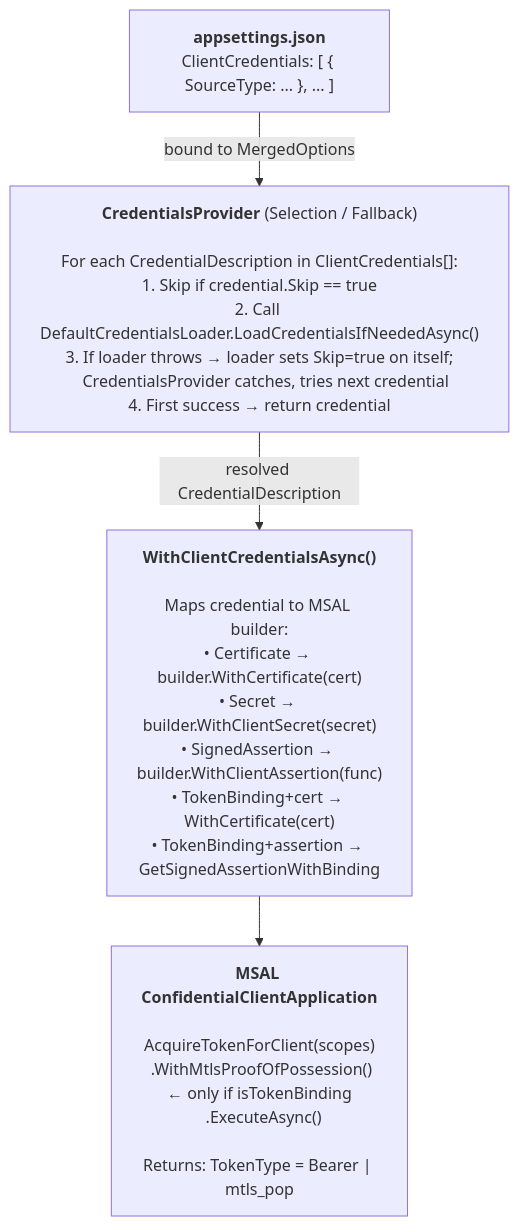
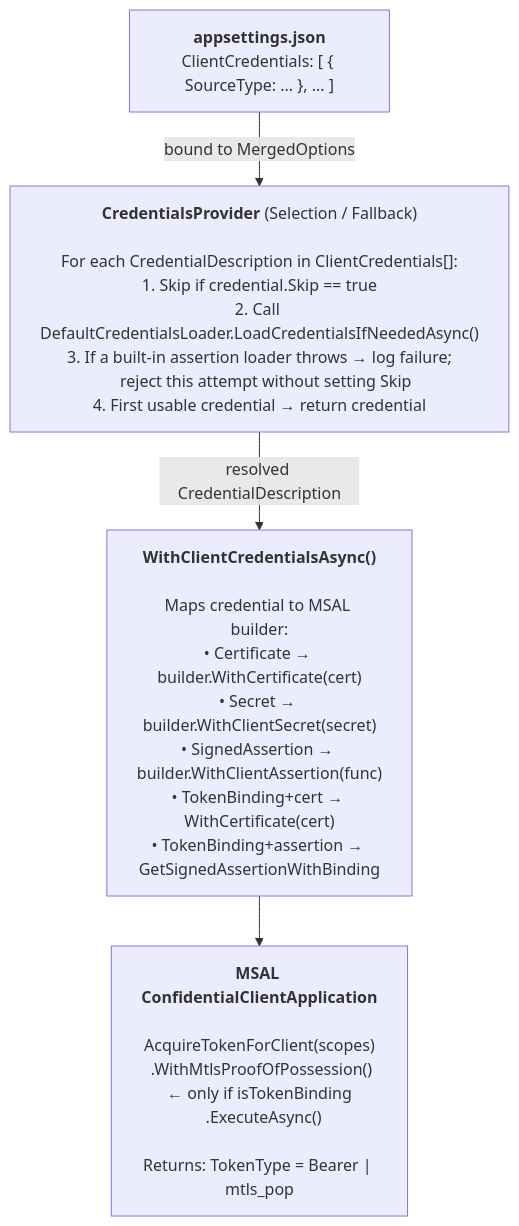
Before and after one commit to AzureAD/microsoft-identity-web: the first of 4 diagrams in docs/design/credential-architecture.md, drawn with Mermaid. The commit also changed other lines of this file and 9 other files, not shown here.

First line of the commit message:
Fix built-in assertion credential recovery

````diff
--- a/docs/design/credential-architecture.md
+++ b/docs/design/credential-architecture.md
@@ -13,16 +13,16 @@
 ```mermaid
 flowchart TD
     Config["<b>appsettings.json</b><br/>ClientCredentials: [ { SourceType: ... }, ... ]"]
     
     Config -->|"bound to MergedOptions"| Provider
 
-    Provider["<b>CredentialsProvider</b> (Selection / Fallback)<br/><br/>For each CredentialDescription in ClientCredentials[]:<br/>1. Skip if credential.Skip == true<br/>2. Call DefaultCredentialsLoader.LoadCredentialsIfNeededAsync()<br/>3. If loader throws → loader sets Skip=true on itself;<br/>&nbsp;&nbsp;&nbsp;CredentialsProvider catches, tries next credential<br/>4. First success → return credential"]
+    Provider["<b>CredentialsProvider</b> (Selection / Fallback)<br/><br/>For each CredentialDescription in ClientCredentials[]:<br/>1. Skip if credential.Skip == true<br/>2. Call DefaultCredentialsLoader.LoadCredentialsIfNeededAsync()<br/>3. If a built-in assertion loader throws → log failure;<br/>&nbsp;&nbsp;&nbsp;reject this attempt without setting Skip<br/>4. First usable credential → return credential"]
 
     Provider -->|"resolved CredentialDescription"| Wiring
 
     Wiring["<b>WithClientCredentialsAsync()</b><br/><br/>Maps credential to MSAL builder:<br/>• Certificate → builder.WithCertificate(cert)<br/>• Secret → builder.WithClientSecret(secret)<br/>• SignedAssertion → builder.WithClientAssertion(func)<br/>• TokenBinding+cert → WithCertificate(cert)<br/>• TokenBinding+assertion → GetSignedAssertionWithBinding"]
 
     Wiring --> MSAL
 
     MSAL["<b>MSAL ConfidentialClientApplication</b><br/><br/>AcquireTokenForClient(scopes)<br/>&nbsp;&nbsp;.WithMtlsProofOfPossession() ← only if isTokenBinding<br/>&nbsp;&nbsp;.ExecuteAsync()<br/><br/>Returns: TokenType = Bearer | mtls_pop"]
 ```
````
